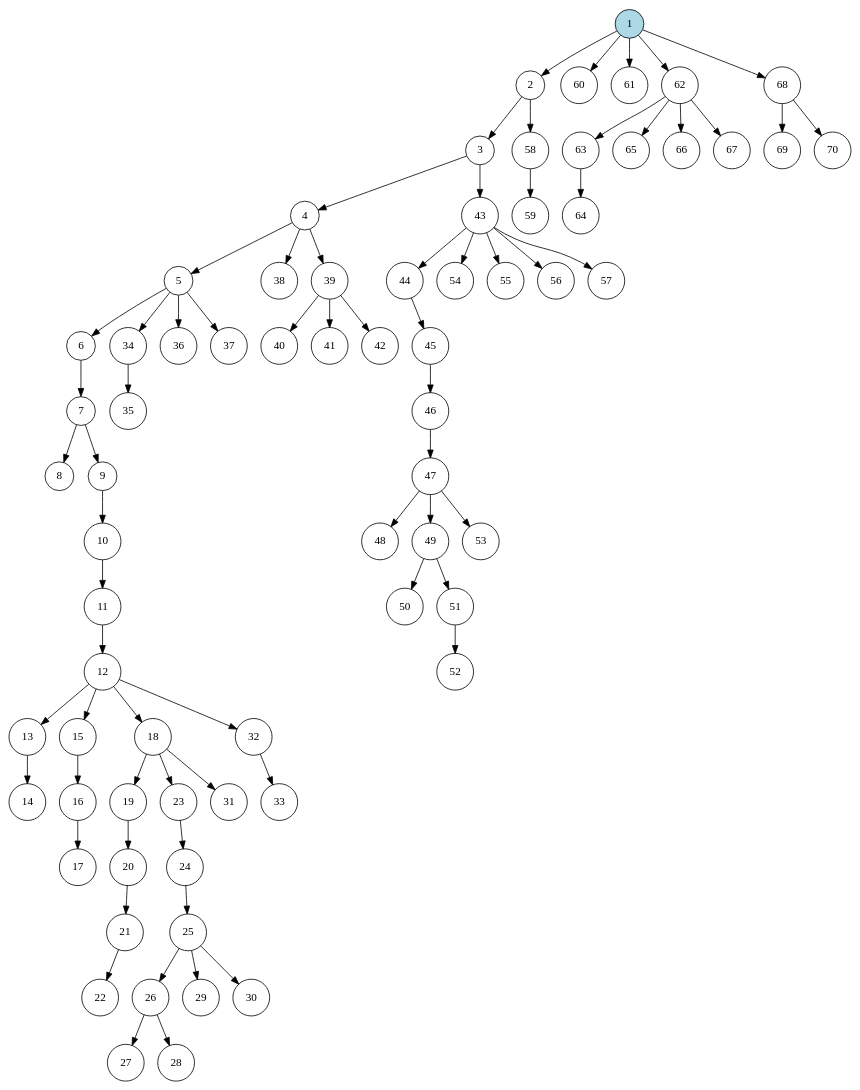
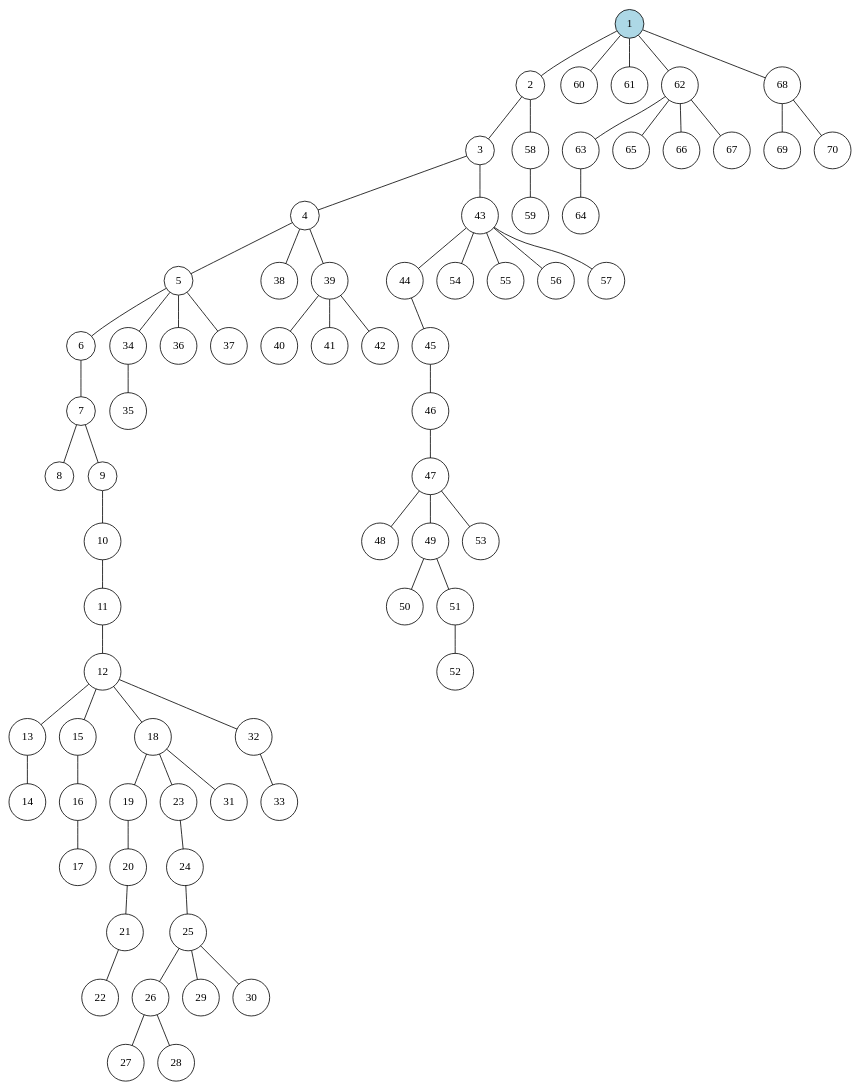
One commit to goga-59/tree-reconstruction changed the diagram in results/dot/random-70.dot. Above: the diagram before and after it, drawn with Graphviz. The commit also changed 22 other files, not shown here.

```diff
--- a/results/dot/random-70.dot
+++ b/results/dot/random-70.dot
@@ -1,74 +1,73 @@
-digraph Tree {
-	graph [ordering=out];
+graph Tree {
 	node [shape=circle];
 	1 [style=filled, fillcolor=lightblue];
-	1 -> 2;
-	2 -> 3;
-	3 -> 4;
-	4 -> 5;
-	5 -> 6;
-	6 -> 7;
-	7 -> 8;
-	7 -> 9;
-	9 -> 10;
-	10 -> 11;
-	11 -> 12;
-	12 -> 13;
-	13 -> 14;
-	12 -> 15;
-	15 -> 16;
-	16 -> 17;
-	12 -> 18;
-	18 -> 19;
-	19 -> 20;
-	20 -> 21;
-	21 -> 22;
-	18 -> 23;
-	23 -> 24;
-	24 -> 25;
-	25 -> 26;
-	26 -> 27;
-	26 -> 28;
-	25 -> 29;
-	25 -> 30;
-	18 -> 31;
-	12 -> 32;
-	32 -> 33;
-	5 -> 34;
-	34 -> 35;
-	5 -> 36;
-	5 -> 37;
-	4 -> 38;
-	4 -> 39;
-	39 -> 40;
-	39 -> 41;
-	39 -> 42;
-	3 -> 43;
-	43 -> 44;
-	44 -> 45;
-	45 -> 46;
-	46 -> 47;
-	47 -> 48;
-	47 -> 49;
-	49 -> 50;
-	49 -> 51;
-	51 -> 52;
-	47 -> 53;
-	43 -> 54;
-	43 -> 55;
-	43 -> 56;
-	43 -> 57;
-	2 -> 58;
-	58 -> 59;
-	1 -> 60;
-	1 -> 61;
-	1 -> 62;
-	62 -> 63;
-	63 -> 64;
-	62 -> 65;
-	62 -> 66;
-	62 -> 67;
-	1 -> 68;
-	68 -> 69;
-	68 -> 70;
+	1 -- 2;
+	2 -- 3;
+	3 -- 4;
+	4 -- 5;
+	5 -- 6;
+	6 -- 7;
+	7 -- 8;
+	7 -- 9;
+	9 -- 10;
+	10 -- 11;
+	11 -- 12;
+	12 -- 13;
+	13 -- 14;
+	12 -- 15;
+	15 -- 16;
+	16 -- 17;
+	12 -- 18;
+	18 -- 19;
+	19 -- 20;
+	20 -- 21;
+	21 -- 22;
+	18 -- 23;
+	23 -- 24;
+	24 -- 25;
+	25 -- 26;
+	26 -- 27;
+	26 -- 28;
+	25 -- 29;
+	25 -- 30;
+	18 -- 31;
+	12 -- 32;
+	32 -- 33;
+	5 -- 34;
+	34 -- 35;
+	5 -- 36;
+	5 -- 37;
+	4 -- 38;
+	4 -- 39;
+	39 -- 40;
+	39 -- 41;
+	39 -- 42;
+	3 -- 43;
+	43 -- 44;
+	44 -- 45;
+	45 -- 46;
+	46 -- 47;
+	47 -- 48;
+	47 -- 49;
+	49 -- 50;
+	49 -- 51;
+	51 -- 52;
+	47 -- 53;
+	43 -- 54;
+	43 -- 55;
+	43 -- 56;
+	43 -- 57;
+	2 -- 58;
+	58 -- 59;
+	1 -- 60;
+	1 -- 61;
+	1 -- 62;
+	62 -- 63;
+	63 -- 64;
+	62 -- 65;
+	62 -- 66;
+	62 -- 67;
+	1 -- 68;
+	68 -- 69;
+	68 -- 70;
 }
```
